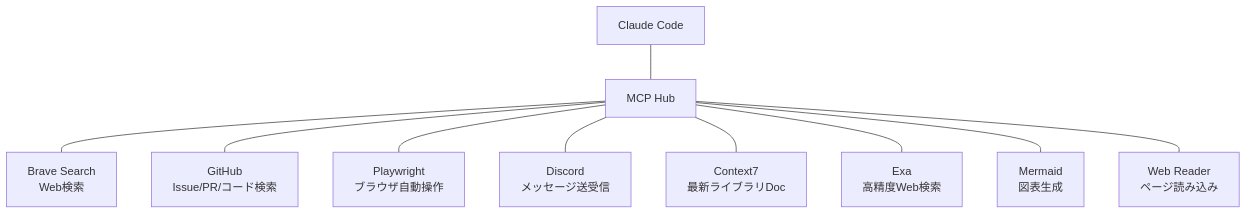
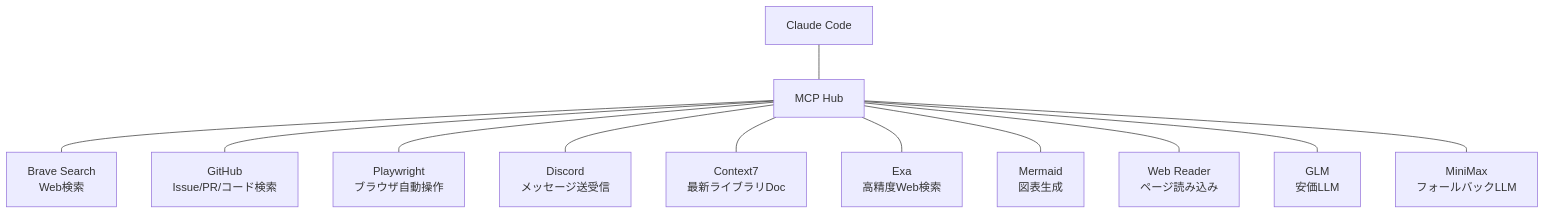
Before and after one commit to fukukei23/zenn: the fifth of 9 diagrams in articles/claude-code-arsenal-7-weapons.md, drawn with Mermaid. The commit also changed other lines of this file, not shown here.

Commit message:
docs: arsenal-7-weapons MCP数を10+→15に修正、GLM/MiniMax MCP追記

````diff
--- a/articles/claude-code-arsenal-7-weapons.md
+++ b/articles/claude-code-arsenal-7-weapons.md
@@ -136,12 +136,14 @@
 ```mermaid
 graph TD
     CC[Claude Code] --- MCP[MCP Hub]
     MCP --- BS[Brave Search<br/>Web検索]
     MCP --- GH[GitHub<br/>Issue/PR/コード検索]
     MCP --- PW[Playwright<br/>ブラウザ自動操作]
     MCP --- DC[Discord<br/>メッセージ送受信]
     MCP --- C7[Context7<br/>最新ライブラリDoc]
     MCP --- EX[Exa<br/>高精度Web検索]
     MCP --- MM[Mermaid<br/>図表生成]
     MCP --- WR[Web Reader<br/>ページ読み込み]
+    MCP --- GLM[GLM<br/>安価LLM]
+    MCP --- MMX[MiniMax<br/>フォールバックLLM]
 ```
````
